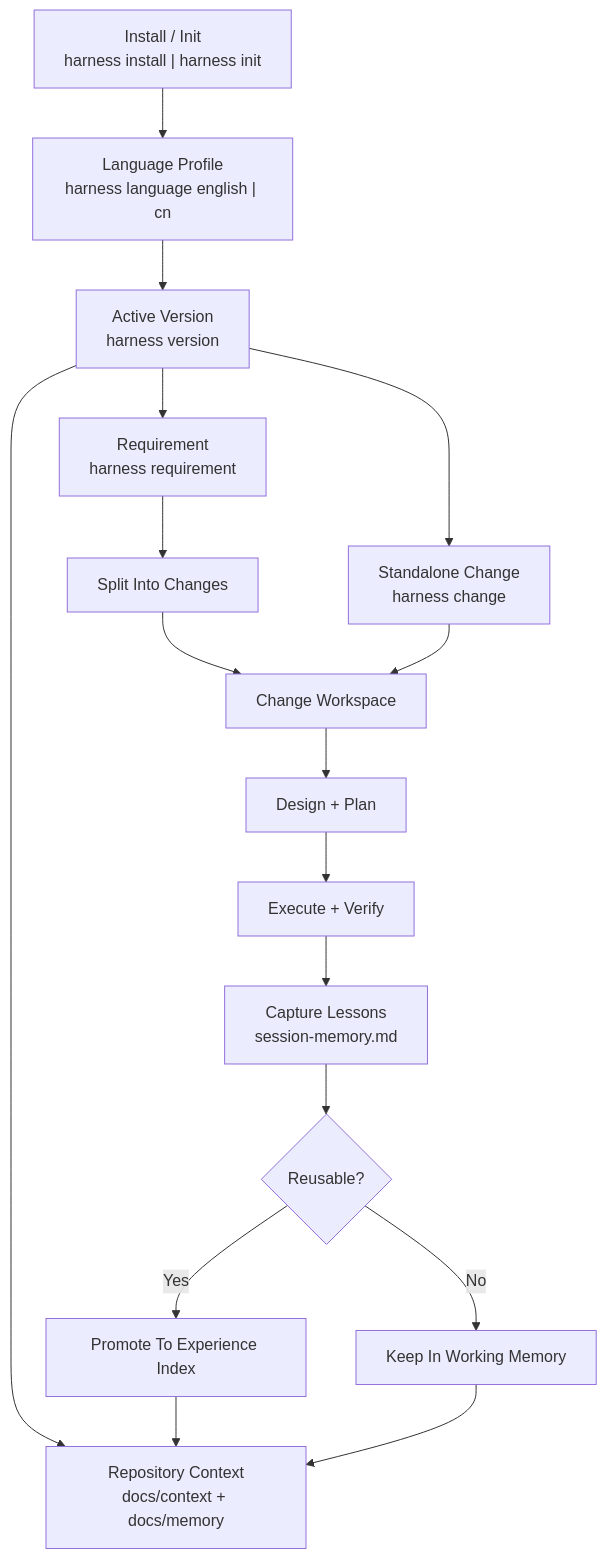
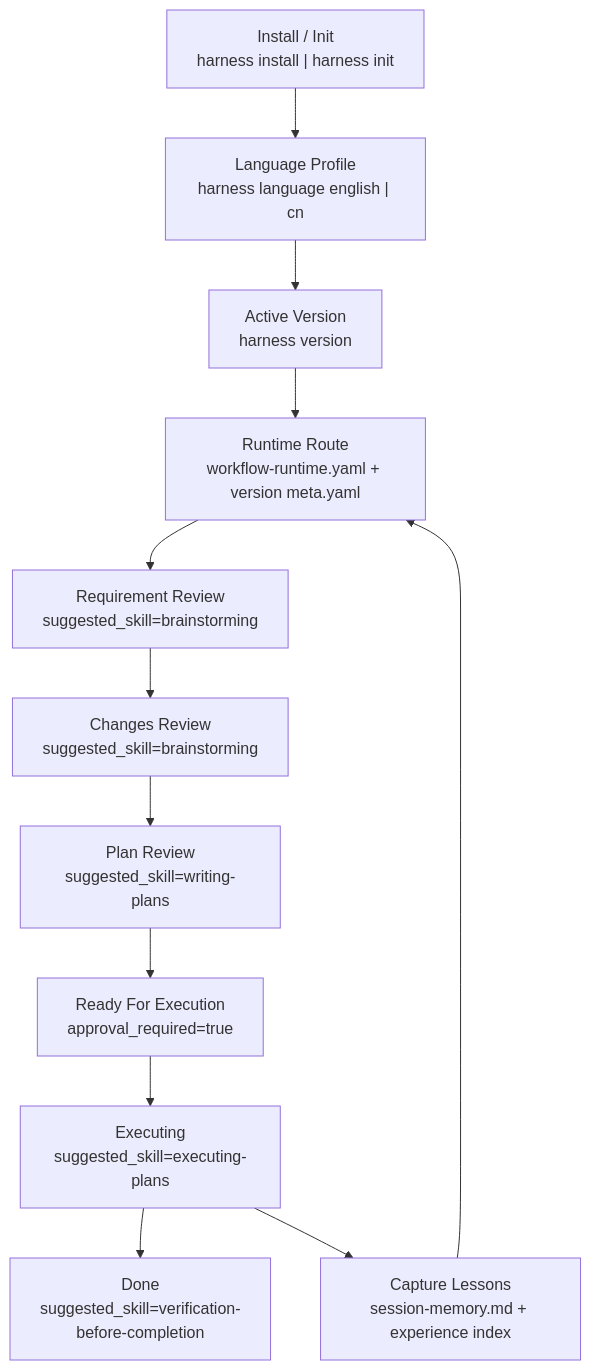
Before and after one commit to togally/harness-workflow: the diagram in README.md, drawn with Mermaid. The commit also changed other lines of this file and 13 other files, not shown here.

Commit message:
Add workflow runtime routing and guided next actions

````diff
--- a/README.md
+++ b/README.md
@@ -123,19 +171,14 @@
 ```mermaid
 flowchart TD
     A["Install / Init<br/>harness install | harness init"] --> B["Language Profile<br/>harness language english | cn"]
     B --> C["Active Version<br/>harness version"]
-    C --> D["Repository Context<br/>docs/context + docs/memory"]
-    C --> E["Requirement<br/>harness requirement"]
-    C --> F["Standalone Change<br/>harness change"]
-    E --> G["Split Into Changes"]
-    G --> H["Change Workspace"]
-    F --> H
-    H --> I["Design + Plan"]
-    I --> J["Execute + Verify"]
-    J --> K["Capture Lessons<br/>session-memory.md"]
-    K --> L{"Reusable?"}
-    L -- "Yes" --> M["Promote To Experience Index"]
-    L -- "No" --> N["Keep In Working Memory"]
-    M --> D
-    N --> D
+    C --> D["Runtime Route<br/>workflow-runtime.yaml + version meta.yaml"]
+    D --> E["Requirement Review<br/>suggested_skill=brainstorming"]
+    E --> F["Changes Review<br/>suggested_skill=brainstorming"]
+    F --> G["Plan Review<br/>suggested_skill=writing-plans"]
+    G --> H["Ready For Execution<br/>approval_required=true"]
+    H --> I["Executing<br/>suggested_skill=executing-plans"]
+    I --> J["Done<br/>suggested_skill=verification-before-completion"]
+    I --> K["Capture Lessons<br/>session-memory.md + experience index"]
+    K --> D
 ```
````
